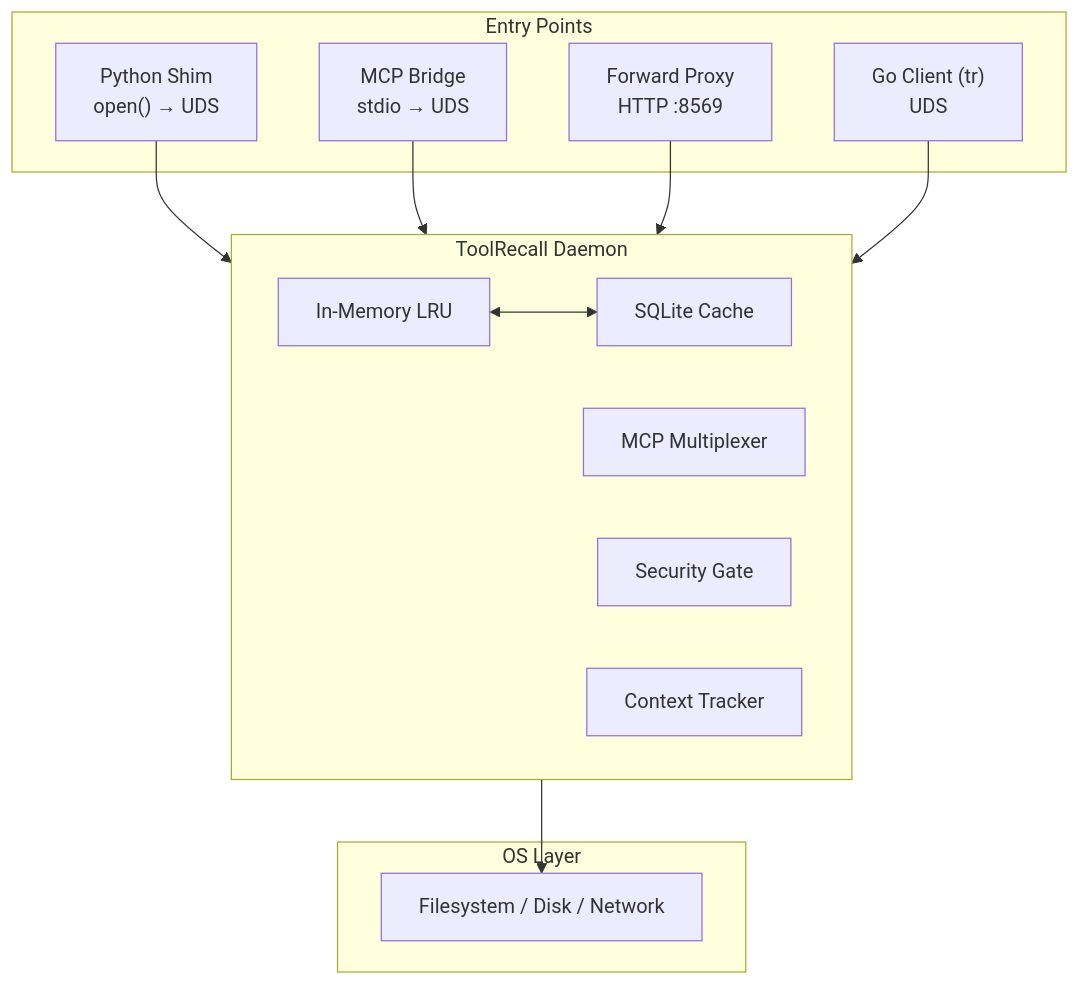
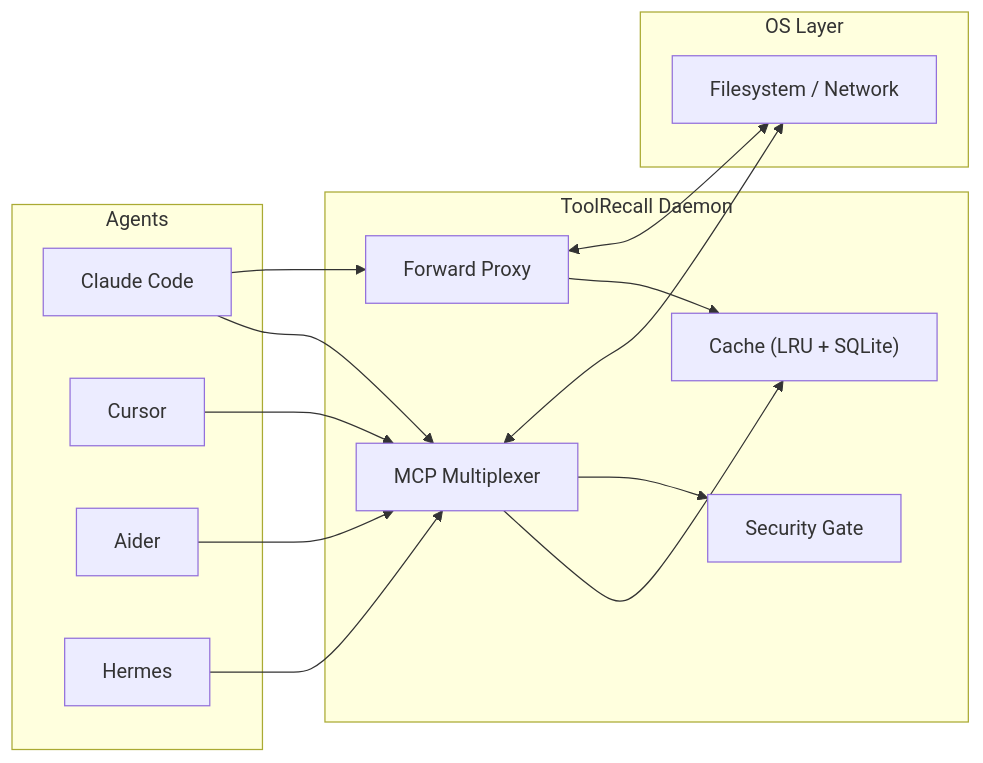
One commit to whiskybeer/toolrecall changed the diagram in README.md. Above: the diagram before and after it, drawn with Mermaid. The commit also changed other lines of this file and 10 other files, not shown here.

First line of the commit message:
docs: restructure ARCHITECTURE.md with merged diagrams, add design principles, restructure README

````diff
--- a/README.md
+++ b/README.md
@@ -237,26 +75,29 @@
 ```mermaid
-flowchart TB
-    subgraph EntryPoints["Entry Points"]
-        S["Python Shim<br/>open() → UDS"]
-        B["MCP Bridge<br/>stdio → UDS"]
-        F["Forward Proxy<br/>HTTP :8569"]
-        G["Go Client (tr)<br/>UDS"]
+flowchart LR
+    subgraph Agents
+        A1["Claude Code"]
+        A2["Cursor"]
+        A3["Aider"]
+        A4["Hermes"]
     end
     subgraph Daemon["ToolRecall Daemon"]
-        LRU["In-Memory LRU"]
-        SQ["SQLite Cache"]
         MP["MCP Multiplexer"]
+        CA["Cache (LRU + SQLite)"]
         SG["Security Gate"]
-        CT["Context Tracker"]
+        FP["Forward Proxy"]
     end
-    subgraph OSLayer["OS Layer"]
-        O["Filesystem / Disk / Network"]
+    subgraph OS["OS Layer"]
+        FS["Filesystem / Network"]
     end
 
-    S --> Daemon
-    B --> Daemon
-    F --> Daemon
-    G --> Daemon
-    Daemon --> O
-    LRU <--> SQ
+    A1 --> MP
+    A2 --> MP
+    A3 --> MP
+    A4 --> MP
+    MP --> CA
+    MP --> SG
+    MP <--> FS
+    A1 --> FP
+    FP --> CA
+    FP <--> FS
 ```
````
